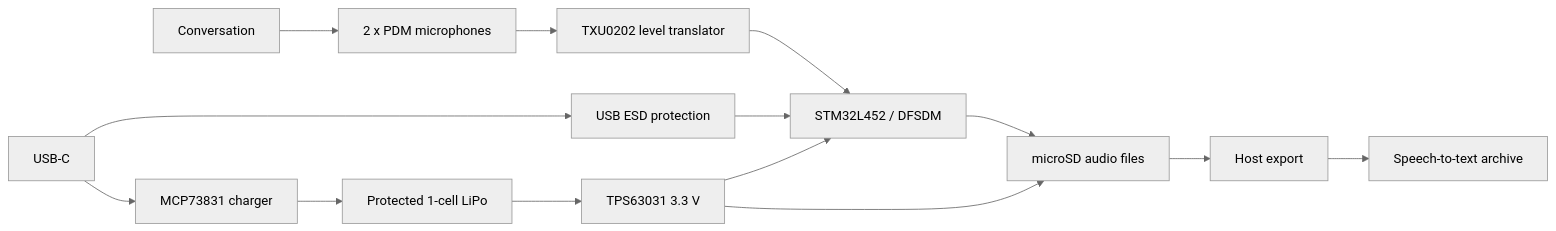
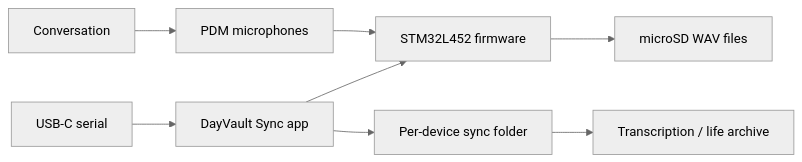
One commit to Ha22yX/DayVault changed the diagram in README.md. Above: the diagram before and after it, drawn with Mermaid (neutral theme). The commit also changed other lines of this file and 4 other files, not shown here.

````diff
--- a/README.md
+++ b/README.md
@@ -83,16 +142,10 @@
 ```mermaid
 flowchart LR
-    Speech["Conversation"] --> Mic["2 x PDM microphones"]
-    Mic --> Shift["TXU0202 level translator"]
-    Shift --> MCU["STM32L452 / DFSDM"]
-    MCU --> SD["microSD audio files"]
-    USB["USB-C"] --> ESD["USB ESD protection"]
-    ESD --> MCU
-    USB --> Charger["MCP73831 charger"]
-    Charger --> Battery["Protected 1-cell LiPo"]
-    Battery --> Power["TPS63031 3.3 V"]
-    Power --> MCU
-    Power --> SD
-    SD --> Host["Host export"]
-    Host --> Archive["Speech-to-text archive"]
+    Speech["Conversation"] --> Mic["PDM microphones"]
+    Mic --> MCU["STM32L452 firmware"]
+    MCU --> SD["microSD WAV files"]
+    USB["USB-C serial"] --> Host["DayVault Sync app"]
+    Host --> Folder["Per-device sync folder"]
+    Folder --> Archive["Transcription / life archive"]
+    Host --> MCU
 ```
````
